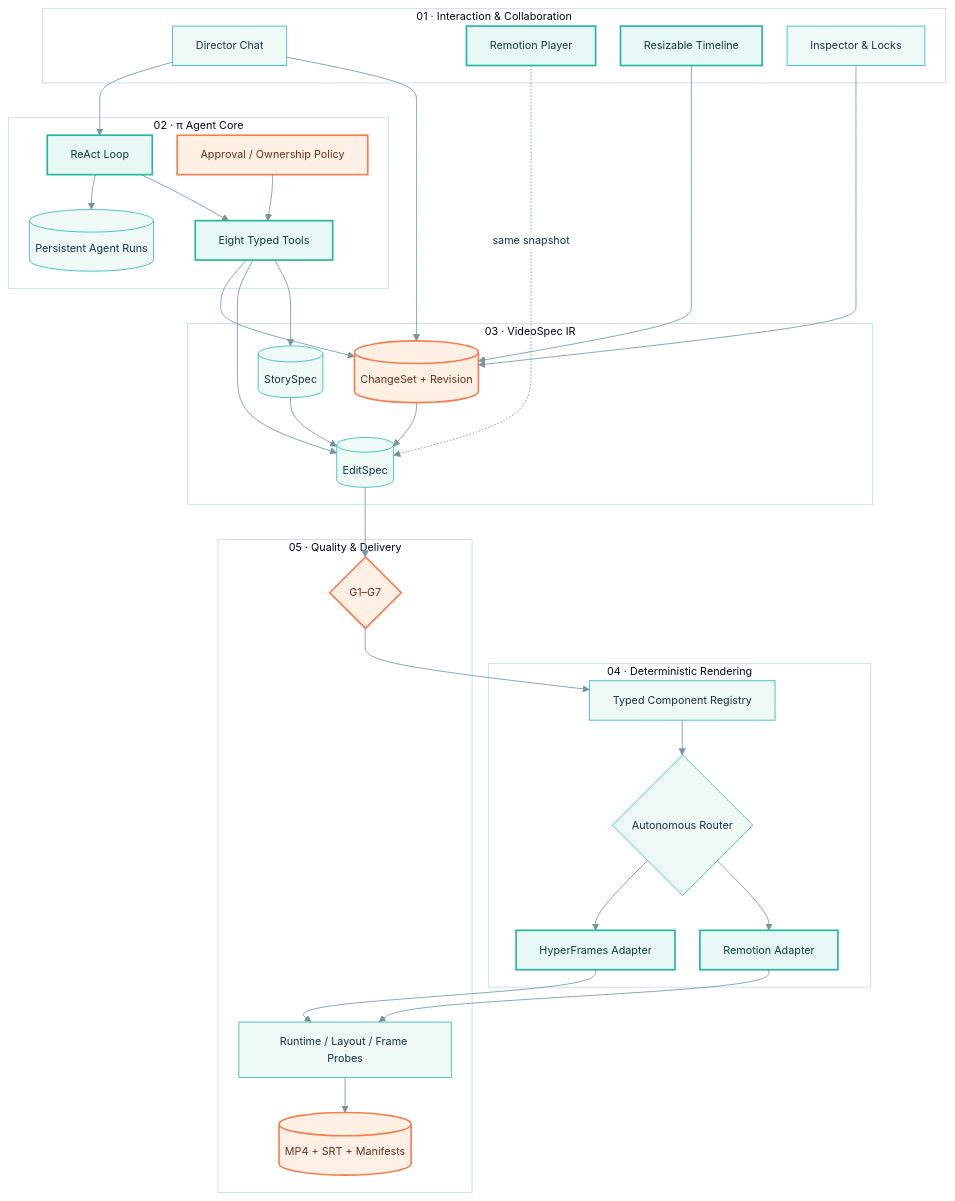
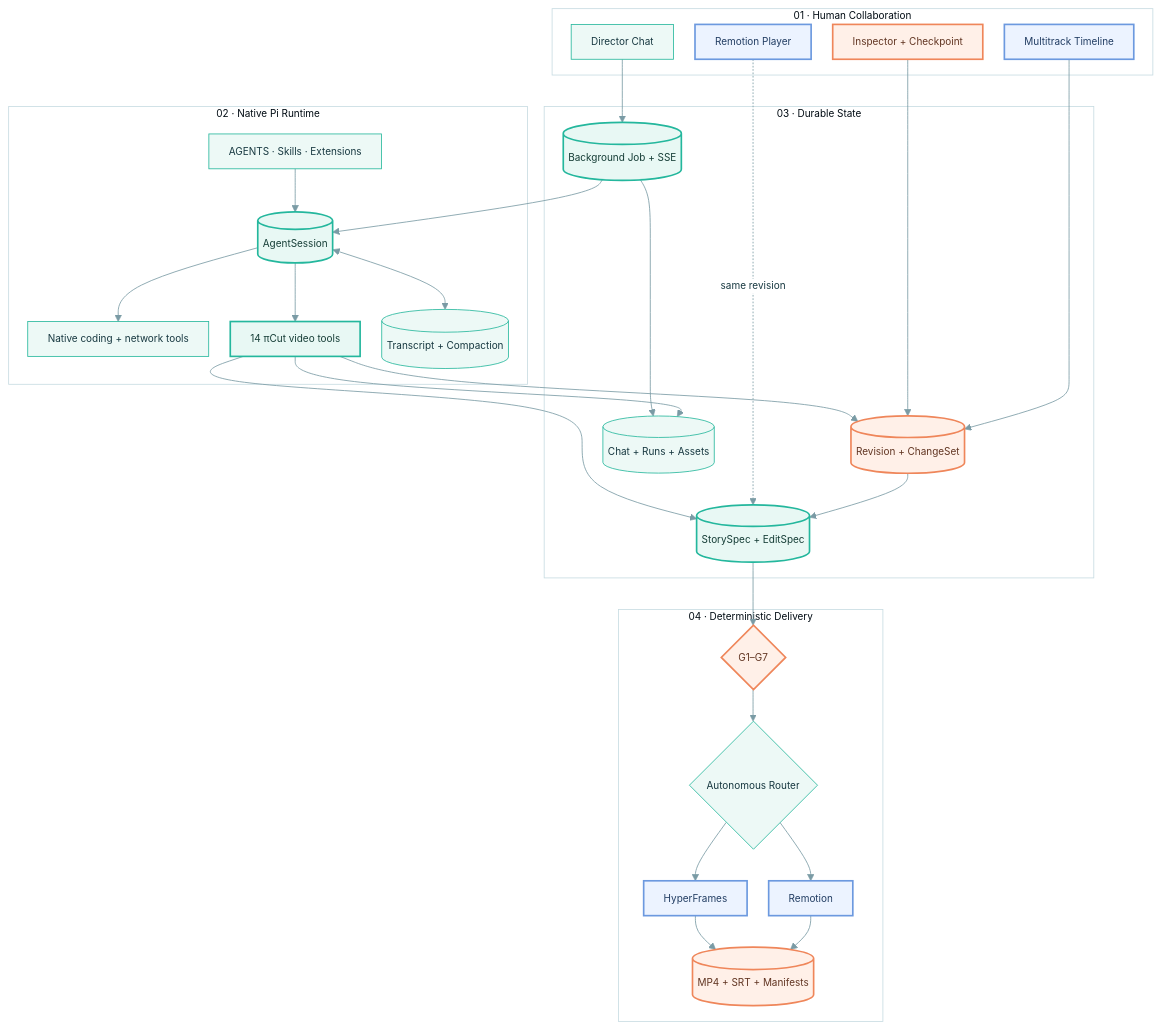
The first of 2 diagrams in README.md (panhh0804/PyCut), drawn with Mermaid before and after one commit. The commit also changed other lines of this file and 716 other files, not shown here.

````diff
--- a/README.md
+++ b/README.md
@@ -28,54 +32,51 @@
 ```mermaid
-%%{init: {"theme":"base","themeVariables":{"background":"#F7FBFC","primaryColor":"#EFFAF7","primaryTextColor":"#16333D","primaryBorderColor":"#2CBFA5","lineColor":"#7695A0","secondaryColor":"#EEF5FF","tertiaryColor":"#FFF5ED","clusterBkg":"#FFFFFF","clusterBorder":"#C8DCE2","edgeLabelBackground":"#FFFFFF","fontFamily":"Inter, PingFang SC, sans-serif","fontSize":"13px"},"flowchart":{"curve":"basis","nodeSpacing":30,"rankSpacing":42,"padding":14}}}%%
+%%{init: {"theme":"base","themeVariables":{"background":"#F7FBFC","primaryColor":"#EDF9F6","primaryTextColor":"#173840","primaryBorderColor":"#28B89D","lineColor":"#7A9BA5","secondaryColor":"#EEF5FF","tertiaryColor":"#FFF4EC","clusterBkg":"#FFFFFF","clusterBorder":"#C8DCE2","edgeLabelBackground":"#FFFFFF","fontFamily":"Inter, PingFang SC, sans-serif","fontSize":"12px"},"flowchart":{"curve":"basis","nodeSpacing":26,"rankSpacing":38,"padding":12}}}%%
 flowchart TB
-    subgraph EXPERIENCE["01 · Interaction & Collaboration"]
-      CHAT["Director Chat"]
-      PLAYER["Remotion Player"]
-      TIMELINE["Resizable Timeline"]
-      INSPECTOR["Inspector & Locks"]
-    end
+  subgraph UI["01 · Human Collaboration"]
+    CHAT["Director Chat"]
+    CANVAS["Remotion Player"]
+    TL["Multitrack Timeline"]
+    INSPECT["Inspector + Checkpoint"]
+  end
 
-    subgraph AGENT["02 · π Agent Core"]
-      REACT["ReAct Loop"]
-      POLICY["Approval / Ownership Policy"]
-      TOOLS["Eight Typed Tools"]
-      TRACE[("Persistent Agent Runs")]
-    end
+  subgraph PI["02 · Native Pi Runtime"]
+    SESSION[("AgentSession")]
+    RES["AGENTS · Skills · Extensions"]
+    BUILTIN["Native coding + network tools"]
+    DOMAIN["14 πCut video tools"]
+    TRANSCRIPT[("Transcript + Compaction")]
+  end
 
-    subgraph SPEC["03 · VideoSpec IR"]
-      STORY[("StorySpec")]
-      EDIT[("EditSpec")]
-      CHANGE[("ChangeSet + Revision")]
-    end
+  subgraph STATE["03 · Durable State"]
+    JOB[("Background Job + SSE")]
+    SPEC[("StorySpec + EditSpec")]
+    CHANGE[("Revision + ChangeSet")]
+    MEMORY[("Chat + Runs + Assets")]
+  end
 
-    subgraph ENGINES["04 · Deterministic Rendering"]
-      REMOTION["Remotion Adapter"]
-      HF["HyperFrames Adapter"]
-      ROUTER{"Autonomous Router"}
-      COMPONENTS["Typed Component Registry"]
-    end
+  subgraph RENDER["04 · Deterministic Delivery"]
+    GATES{"G1–G7"}
+    ROUTER{"Autonomous Router"}
+    REM["Remotion"]
+    HF["HyperFrames"]
+    OUT[("MP4 + SRT + Manifests")]
+  end
 
-    subgraph QUALITY["05 · Quality & Delivery"]
-      GATES{"G1–G7"}
-      PROBES["Runtime / Layout / Frame Probes"]
-      PACKAGE[("MP4 + SRT + Manifests")]
-    end
+  CHAT --> JOB --> SESSION
+  TL & INSPECT --> CHANGE --> SPEC
+  CANVAS -. "same revision" .-> SPEC
+  RES --> SESSION
+  SESSION --> BUILTIN & DOMAIN
+  SESSION <--> TRANSCRIPT
+  DOMAIN --> SPEC & CHANGE & MEMORY
+  JOB --> MEMORY
+  SPEC --> GATES --> ROUTER
+  ROUTER --> REM & HF --> OUT
 
-    CHAT & TIMELINE & INSPECTOR --> CHANGE
-    CHAT --> REACT --> TOOLS
-    POLICY --> TOOLS
-    TOOLS --> STORY & EDIT & CHANGE
-    REACT --> TRACE
-    CHANGE --> EDIT
-    STORY --> EDIT
-    EDIT --> GATES
-    GATES --> COMPONENTS
-    COMPONENTS --> ROUTER --> REMOTION & HF
-    REMOTION & HF --> PROBES --> PACKAGE
-    PLAYER -. "same snapshot" .-> EDIT
-
-    classDef teal fill:#E8F9F5,stroke:#22B89E,color:#123B36,stroke-width:2px;
-    classDef orange fill:#FFF0E6,stroke:#F47F50,color:#66301F,stroke-width:2px;
-    class REACT,TOOLS,REMOTION,HF,PLAYER,TIMELINE teal;
-    class POLICY,CHANGE,GATES,PACKAGE orange;
+  classDef mint fill:#E8F8F4,stroke:#24B79D,color:#153D36,stroke-width:2px;
+  classDef blue fill:#ECF3FF,stroke:#6C99DF,color:#223D63,stroke-width:2px;
+  classDef coral fill:#FFF0E8,stroke:#EF865A,color:#613522,stroke-width:2px;
+  class SESSION,DOMAIN,JOB,SPEC mint;
+  class CANVAS,TL,REM,HF blue;
+  class INSPECT,CHANGE,GATES,OUT coral;
 ```
````
